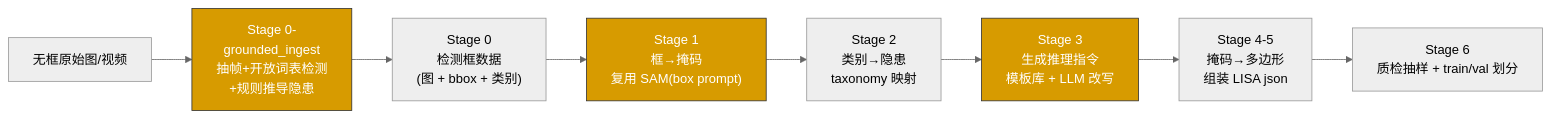
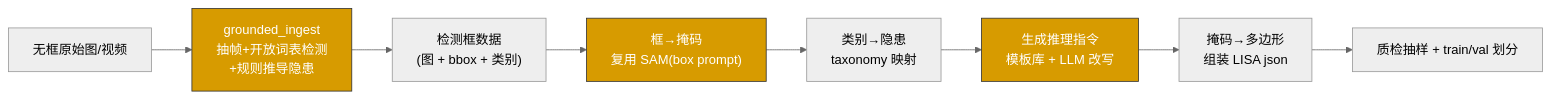
The third of 3 diagrams in MS.md (Calvin-Ca/LISA), drawn with Mermaid (neutral theme) before and after one commit. The commit also changed other lines of this file, not shown here.

````diff
--- a/MS.md
+++ b/MS.md
@@ -345,12 +345,12 @@
 ```mermaid
 flowchart LR
-  U["无框原始图/视频"] --> G["Stage 0-<br/>grounded_ingest<br/>抽帧+开放词表检测<br/>+规则推导隐患"]
+  U["无框原始图/视频"] --> G["grounded_ingest<br/>抽帧+开放词表检测<br/>+规则推导隐患"]
   G --> R
-  R["Stage 0<br/>检测框数据<br/>(图 + bbox + 类别)"] --> M["Stage 1<br/>框→掩码<br/>复用 SAM(box prompt)"]
-  M --> H["Stage 2<br/>类别→隐患<br/>taxonomy 映射"]
-  H --> I["Stage 3<br/>生成推理指令<br/>模板库 + LLM 改写"]
-  I --> P["Stage 4-5<br/>掩码→多边形<br/>组装 LISA json"]
-  P --> Q["Stage 6<br/>质检抽样 + train/val 划分"]
+  R["检测框数据<br/>(图 + bbox + 类别)"] --> M["框→掩码<br/>复用 SAM(box prompt)"]
+  M --> H["类别→隐患<br/>taxonomy 映射"]
+  H --> I["生成推理指令<br/>模板库 + LLM 改写"]
+  I --> P["掩码→多边形<br/>组装 LISA json"]
+  P --> Q["质检抽样 + train/val 划分"]
   classDef k fill:#d79b00,stroke:#333,color:#fff;
   class M,I,G k;
 ```
````
